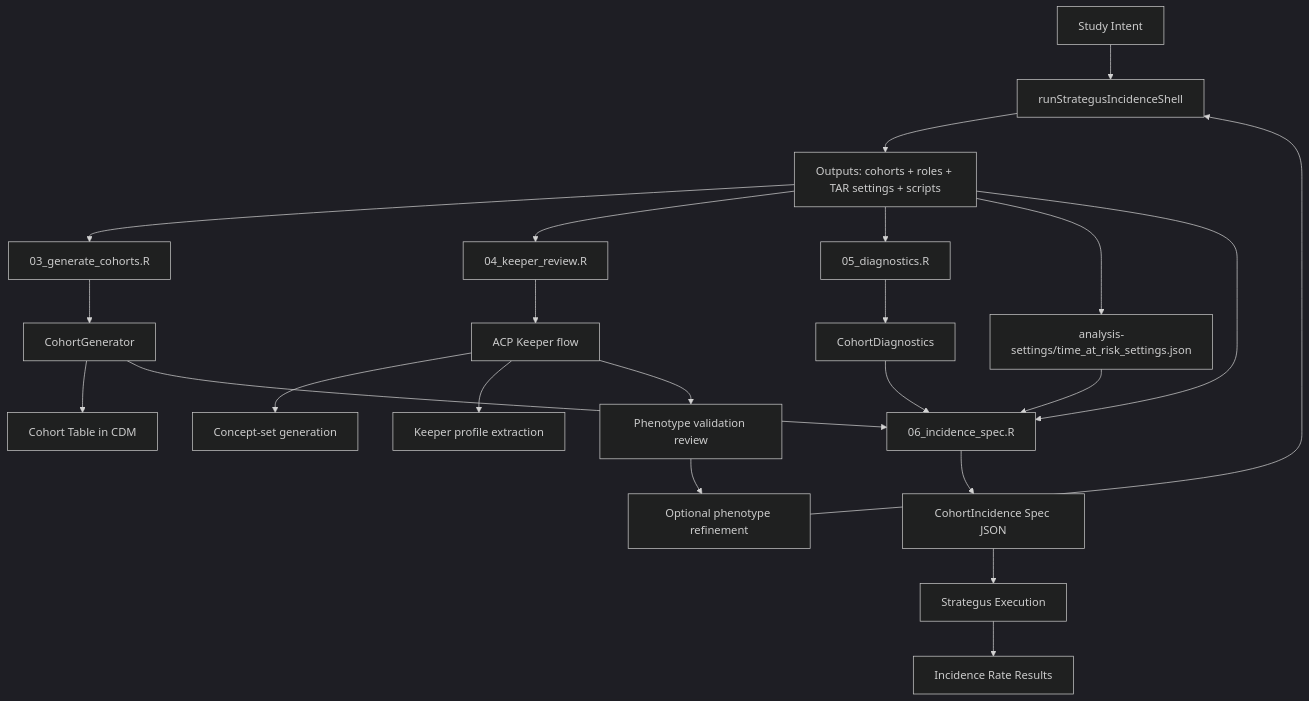
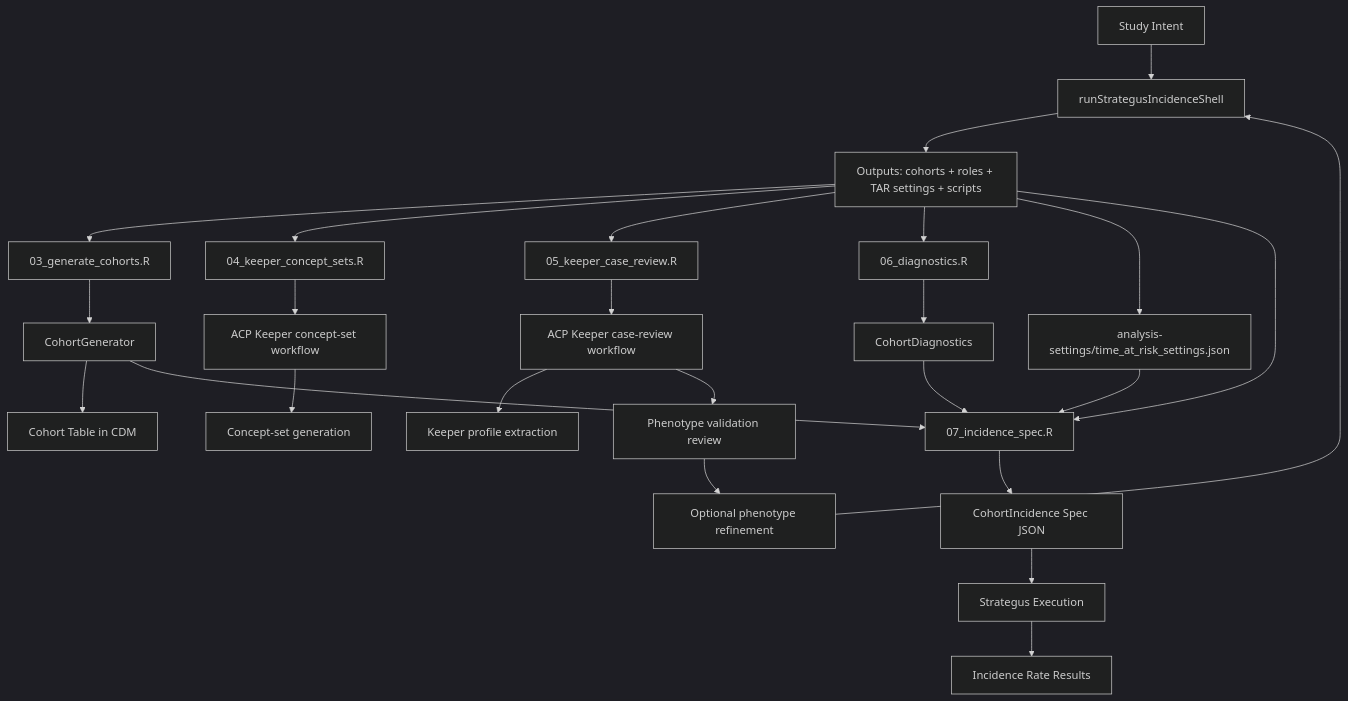
The second of 2 diagrams in docs/WORKFLOW_INCIDENCE.md (OHDSI/StudyAgent), drawn with Mermaid (dark theme) before and after one commit. The commit also changed 7 other files, not shown here.

````diff
--- a/docs/WORKFLOW_INCIDENCE.md
+++ b/docs/WORKFLOW_INCIDENCE.md
@@ -56,29 +56,32 @@
 ```mermaid
 flowchart TD
   A[Study Intent] --> B[runStrategusIncidenceShell]
   B --> C[Outputs: cohorts + roles + TAR settings + scripts]
   C --> D[03_generate_cohorts.R]
   D --> E[CohortGenerator]
   E --> F[Cohort Table in CDM]
 
-  C --> G[04_keeper_review.R]
-  G --> H[ACP Keeper flow]
+  C --> G[04_keeper_concept_sets.R]
+  G --> H[ACP Keeper concept-set workflow]
   H --> I[Concept-set generation]
-  H --> J[Keeper profile extraction]
-  H --> K[Phenotype validation review]
-  K --> L[Optional phenotype refinement]
-  L --> B
 
-  C --> M[05_diagnostics.R]
-  M --> N[CohortDiagnostics]
+  C --> J[05_keeper_case_review.R]
+  J --> K[ACP Keeper case-review workflow]
+  K --> L[Keeper profile extraction]
+  K --> M[Phenotype validation review]
+  M --> N[Optional phenotype refinement]
+  N --> B
 
-  C --> O[analysis-settings/time_at_risk_settings.json]
-  C --> P[06_incidence_spec.R]
-  O --> P
-  E --> P
-  N --> P
+  C --> O[06_diagnostics.R]
+  O --> P[CohortDiagnostics]
 
-  P --> Q[CohortIncidence Spec JSON]
-  Q --> R[Strategus Execution]
-  R --> S[Incidence Rate Results]
+  C --> Q[analysis-settings/time_at_risk_settings.json]
+  C --> R[07_incidence_spec.R]
+  Q --> R
+  E --> R
+  P --> R
+
+  R --> S[CohortIncidence Spec JSON]
+  S --> T[Strategus Execution]
+  T --> U[Incidence Rate Results]
 ```
````
